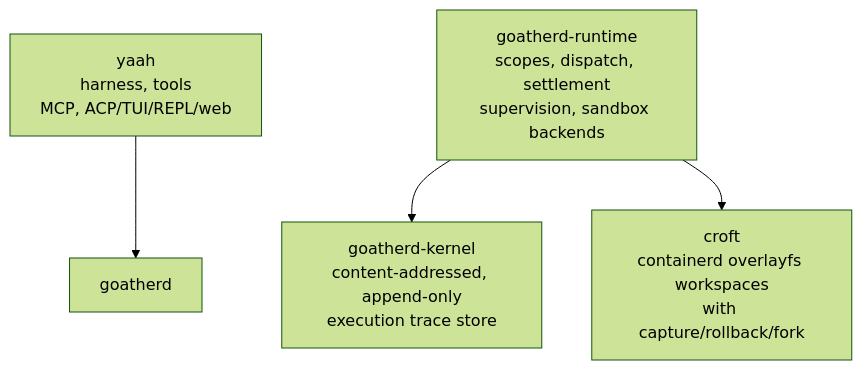
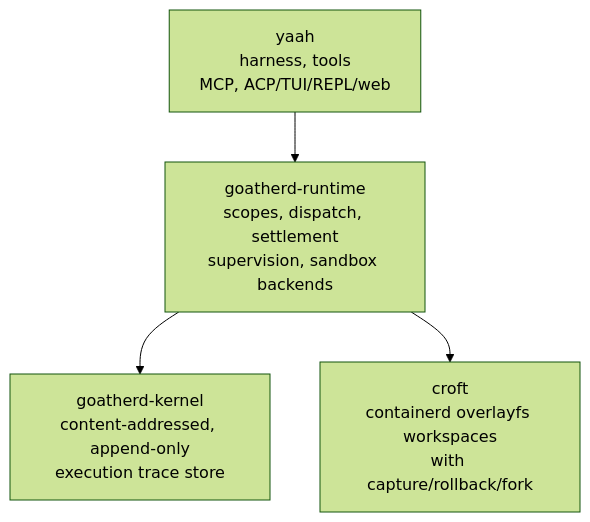
The diagram in profile/README.md (goatherdai/.github), drawn with Mermaid (forest theme) before and after one commit. The commit also changed other lines of this file, not shown here.

First line of the commit message:
Fix dangling goatherd node in the diagram

````diff
--- a/profile/README.md
+++ b/profile/README.md
@@ -43,11 +43,11 @@
 ```mermaid
 flowchart TD
     yaah["yaah<br/>harness, tools<br/>MCP, ACP/TUI/REPL/web"]
     runtime["goatherd-runtime<br/>scopes, dispatch, settlement<br/>supervision, sandbox backends"]
     kernel["goatherd-kernel<br/>content-addressed, append-only<br/>execution trace store"]
     croft["croft<br/>containerd overlayfs workspaces<br/>with capture/rollback/fork"]
 
-    yaah --> goatherd
+    yaah --> runtime
     runtime --> kernel
     runtime --> croft
 ```
````
